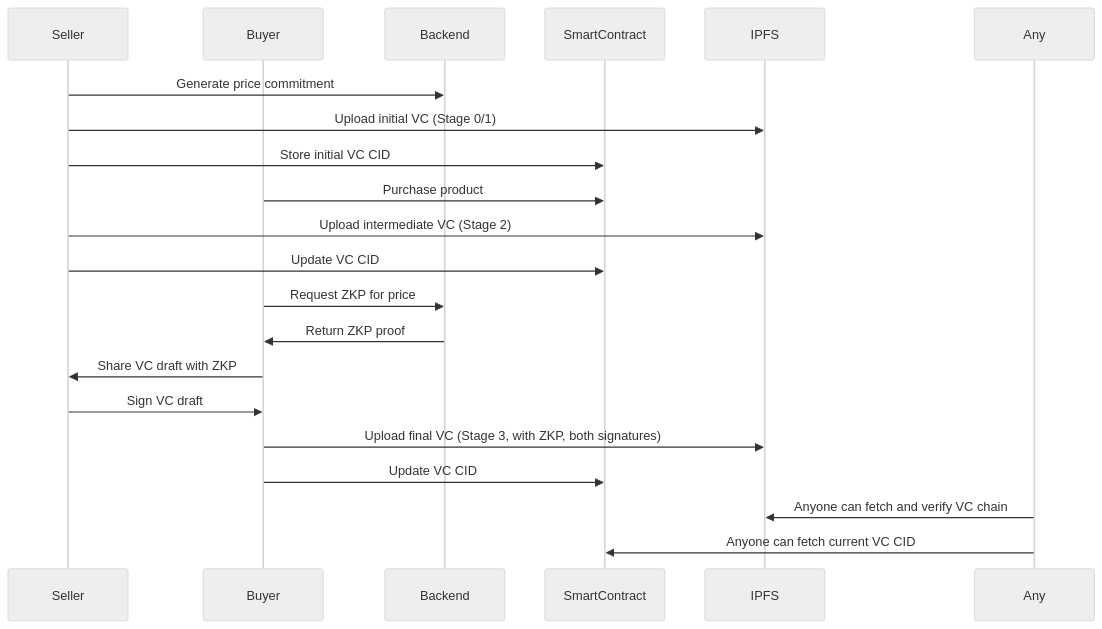
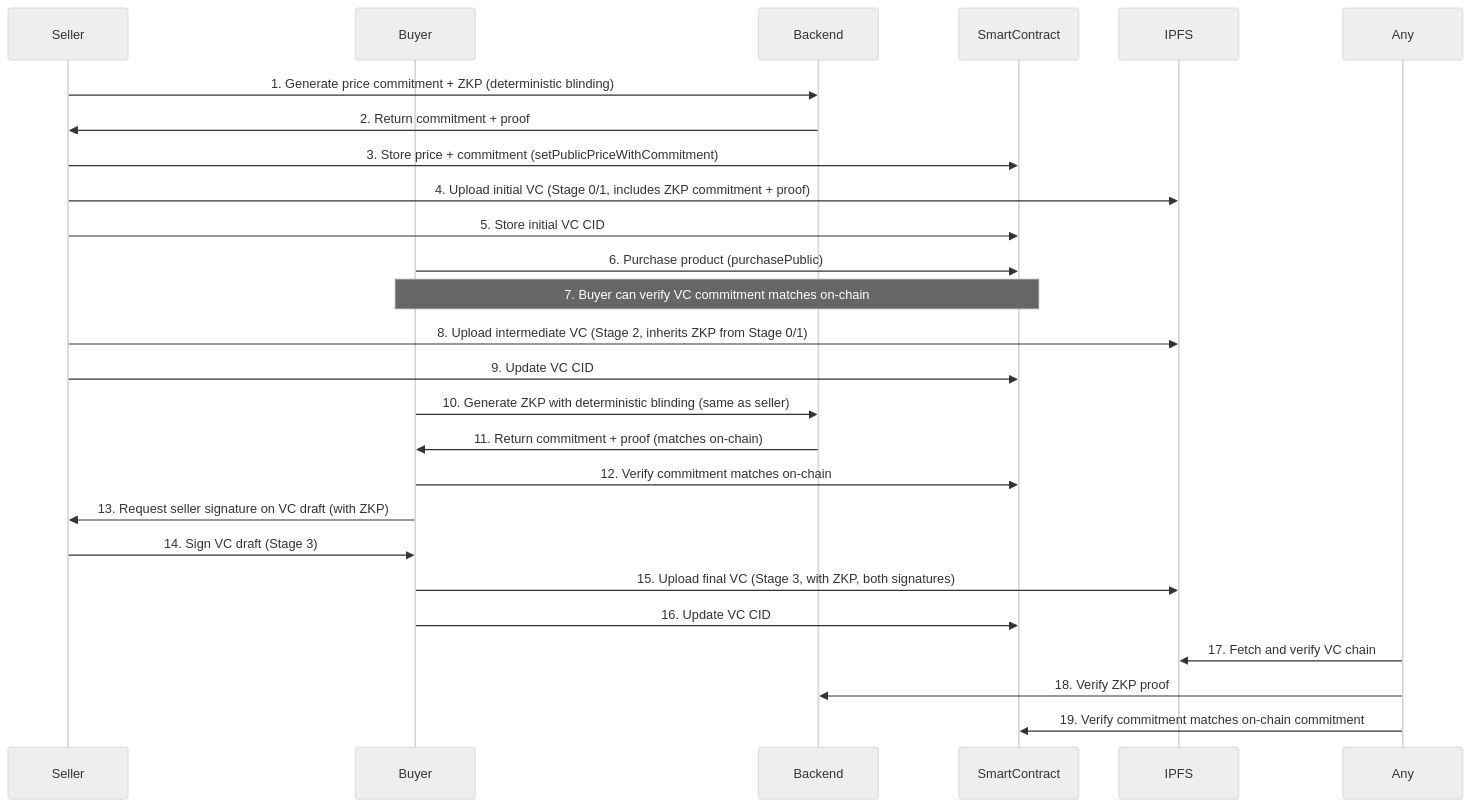
The first of 3 diagrams in docs/zkp-vc-architecture.md (Elmenn/ev-battery-supplychain), drawn with Mermaid (neutral theme) before and after one commit. The commit also changed other lines of this file and 11 other files, not shown here.

First line of the commit message:
docs: Update README and documentation for public purchase flow

````diff
--- a/docs/zkp-vc-architecture.md
+++ b/docs/zkp-vc-architecture.md
@@ -5,23 +10,28 @@
 ```mermaid
 sequenceDiagram
     participant Seller
     participant Buyer
     participant Backend
     participant SmartContract
     participant IPFS
 
-    Seller->>Backend: Generate price commitment
-    Seller->>IPFS: Upload initial VC (Stage 0/1)
-    Seller->>SmartContract: Store initial VC CID
-    Buyer->>SmartContract: Purchase product
-    Seller->>IPFS: Upload intermediate VC (Stage 2)
-    Seller->>SmartContract: Update VC CID
-    Buyer->>Backend: Request ZKP for price
-    Backend->>Buyer: Return ZKP proof
-    Buyer->>Seller: Share VC draft with ZKP
-    Seller->>Buyer: Sign VC draft
-    Buyer->>IPFS: Upload final VC (Stage 3, with ZKP, both signatures)
-    Buyer->>SmartContract: Update VC CID
-    Any->>IPFS: Anyone can fetch and verify VC chain
-    Any->>SmartContract: Anyone can fetch current VC CID
+    Seller->>Backend: 1. Generate price commitment + ZKP (deterministic blinding)
+    Backend->>Seller: 2. Return commitment + proof
+    Seller->>SmartContract: 3. Store price + commitment (setPublicPriceWithCommitment)
+    Seller->>IPFS: 4. Upload initial VC (Stage 0/1, includes ZKP commitment + proof)
+    Seller->>SmartContract: 5. Store initial VC CID
+    Buyer->>SmartContract: 6. Purchase product (purchasePublic)
+    Note over Buyer,SmartContract: 7. Buyer can verify VC commitment matches on-chain
+    Seller->>IPFS: 8. Upload intermediate VC (Stage 2, inherits ZKP from Stage 0/1)
+    Seller->>SmartContract: 9. Update VC CID
+    Buyer->>Backend: 10. Generate ZKP with deterministic blinding (same as seller)
+    Backend->>Buyer: 11. Return commitment + proof (matches on-chain)
+    Buyer->>SmartContract: 12. Verify commitment matches on-chain
+    Buyer->>Seller: 13. Request seller signature on VC draft (with ZKP)
+    Seller->>Buyer: 14. Sign VC draft (Stage 3)
+    Buyer->>IPFS: 15. Upload final VC (Stage 3, with ZKP, both signatures)
+    Buyer->>SmartContract: 16. Update VC CID
+    Any->>IPFS: 17. Fetch and verify VC chain
+    Any->>Backend: 18. Verify ZKP proof
+    Any->>SmartContract: 19. Verify commitment matches on-chain commitment
 ```
````
